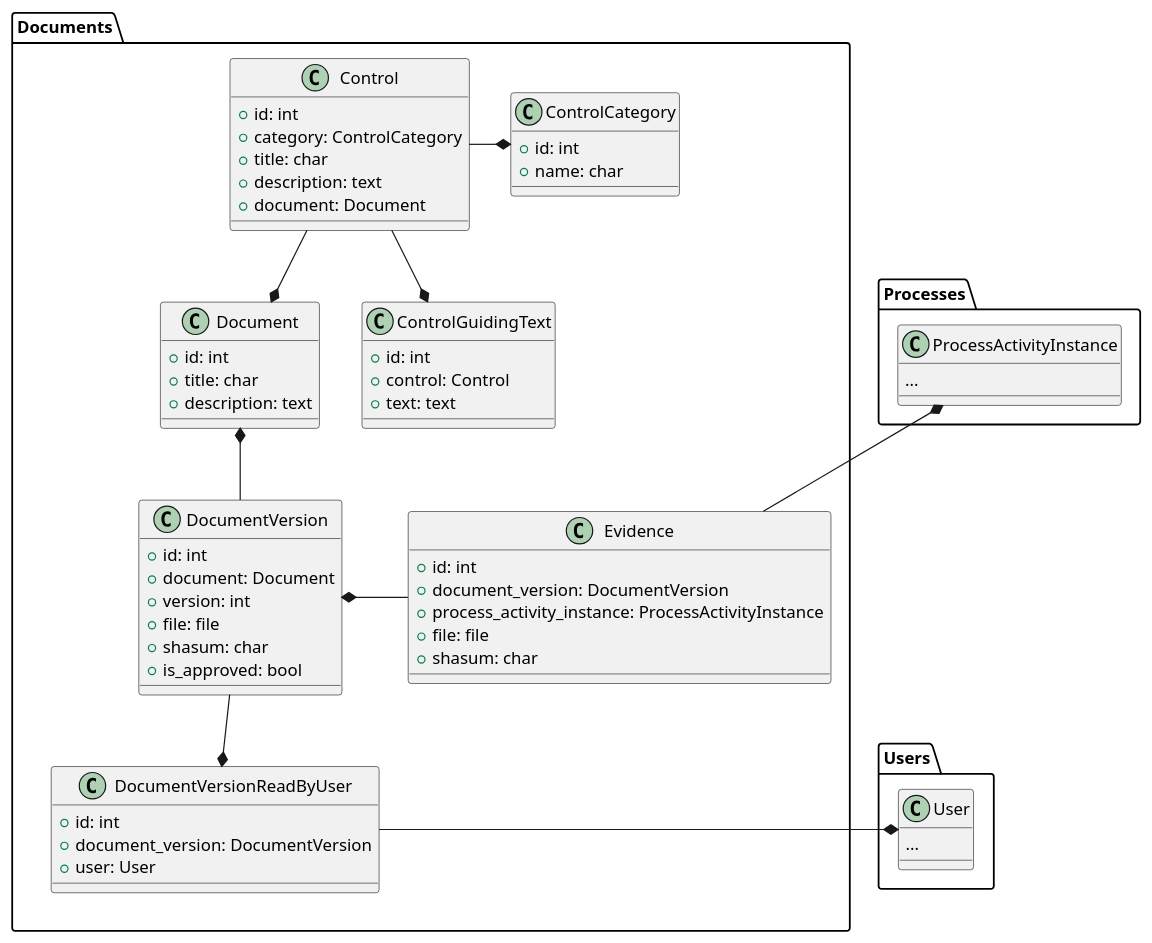
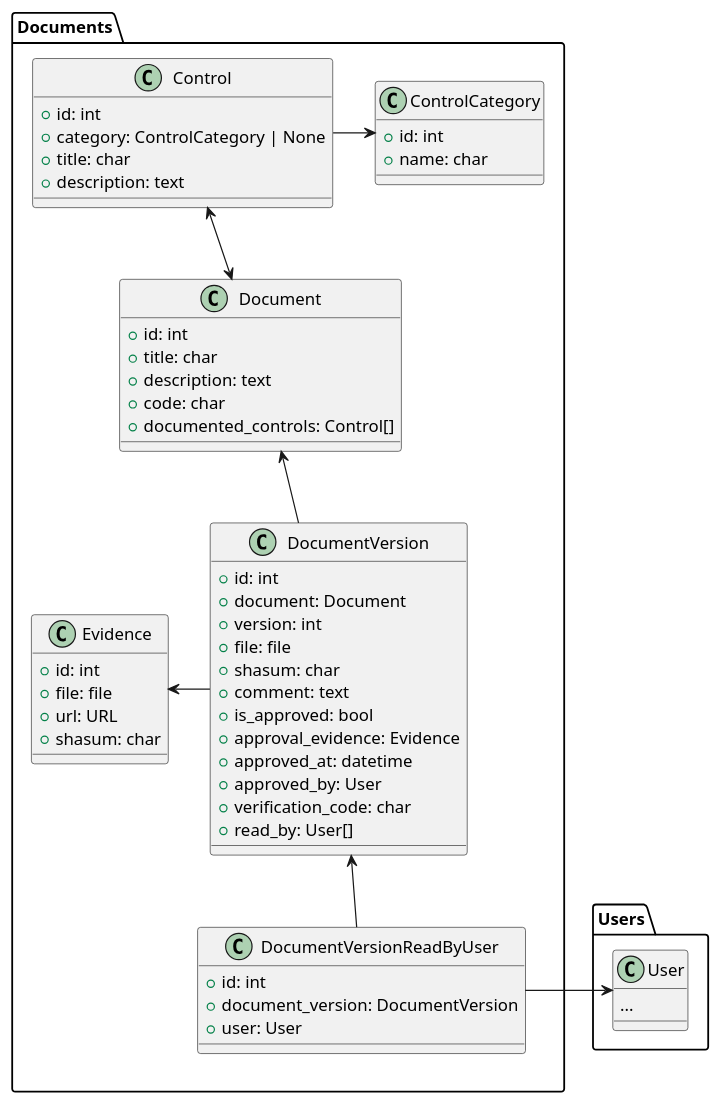
Before and after one commit to Gabo-araya/sgsi_ext: the first of 4 diagrams in docs/rfc/InitialModellingRFC.md, drawn with PlantUML. The commit also changed other lines of this file, not shown here.

````diff
--- a/docs/rfc/InitialModellingRFC.md
+++ b/docs/rfc/InitialModellingRFC.md
@@ -17,66 +17,61 @@
 ```plantuml
 package Documents {
     together {
         class Document {
             + id: int
             + title: char
             + description: text
+            + code: char
+            + documented_controls: Control[]
         }
         together {
             class DocumentVersion {
                 + id: int
                 + document: Document
                 + version: int
                 + file: file
                 + shasum: char
+                + comment: text
                 + is_approved: bool
+                + approval_evidence: Evidence
+                + approved_at: datetime
+                + approved_by: User
+                + verification_code: char
+                + read_by: User[]
             }
             class DocumentVersionReadByUser {
                 + id: int
                 + document_version: DocumentVersion
                 + user: User
             }
         }
     }
     class Control {
         + id: int
-        + category: ControlCategory
+        + category: ControlCategory | None
         + title: char
         + description: text
-        + document: Document
-    }
-    class ControlGuidingText {
-        + id: int
-        + control: Control
-        + text: text
     }
     class ControlCategory {
         + id: int
         + name: char
     }
     class Evidence {
         + id: int
-        + document_version: DocumentVersion
-        + process_activity_instance: ProcessActivityInstance
         + file: file
+        + url: URL
         + shasum: char
     }
-}
-
-class Processes.ProcessActivityInstance {
-    ...
 }
 
 class Users.User {
     ...
 }
 
-Documents.Control --* Documents.Document
-Documents.Control -* Documents.ControlCategory
-Documents.Control --* Documents.ControlGuidingText
-Documents.DocumentVersion -up-* Documents.Document
-Documents.DocumentVersion --* Documents.DocumentVersionReadByUser
-Documents.Evidence -up-* Processes.ProcessActivityInstance
-Documents.Evidence -* Documents.DocumentVersion
-Documents.DocumentVersionReadByUser -* Users.User
+Documents.Control <--> Documents.Document
+Documents.Control -> Documents.ControlCategory
+Documents.DocumentVersion -up-> Documents.Document
+Documents.DocumentVersion <-- Documents.DocumentVersionReadByUser
+Documents.Evidence <- Documents.DocumentVersion
+Documents.DocumentVersionReadByUser -> Users.User
 ```
````
